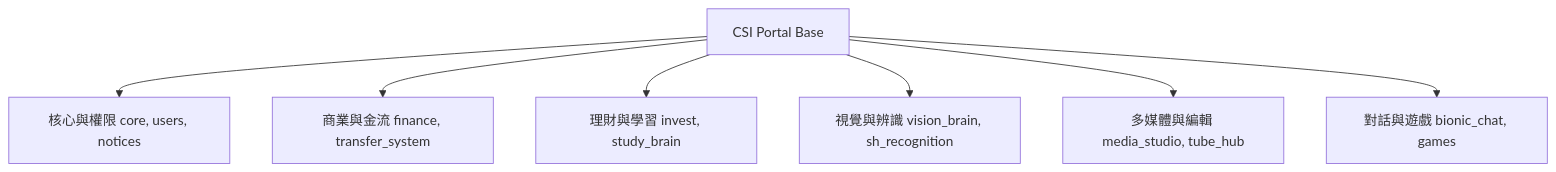
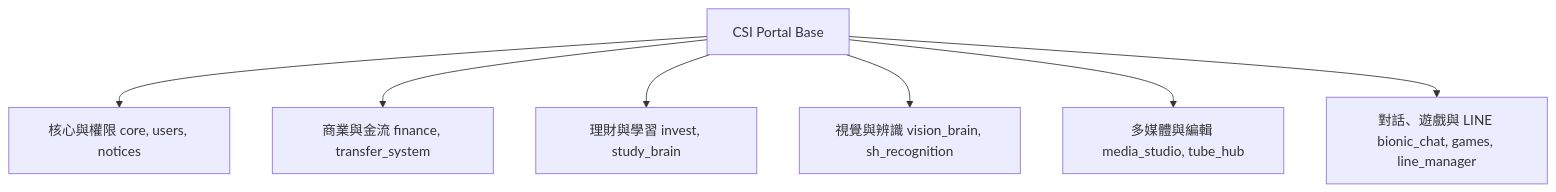
One commit to dennis665/fenglan-multiverse changed the diagram in README.md. Above: the diagram before and after it, drawn with Mermaid. The commit also changed other lines of this file and 25 other files, not shown here.

````diff
--- a/README.md
+++ b/README.md
@@ -41,9 +41,9 @@
 ```mermaid
 graph TD
     A[CSI Portal Base] --> B[核心與權限 core, users, notices]
     A --> C[商業與金流 finance, transfer_system]
     A --> D[理財與學習 invest, study_brain]
     A --> E[視覺與辨識 vision_brain, sh_recognition]
     A --> F[多媒體與編輯 media_studio, tube_hub]
-    A --> G[對話與遊戲 bionic_chat, games]
+    A --> G[對話、遊戲與 LINE bionic_chat, games, line_manager]
 ```
````
